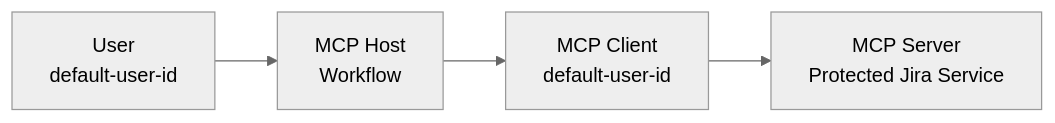
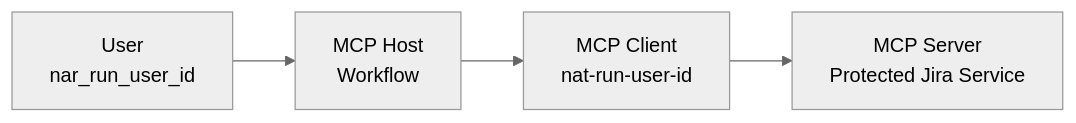
Before and after one commit to NVIDIA/NeMo-Agent-Toolkit: the first of 3 diagrams in docs/source/components/auth/mcp-auth/index.md, drawn with Mermaid (neutral theme). The commit also changed other lines of this file, not shown here.

````diff
--- a/docs/source/components/auth/mcp-auth/index.md
+++ b/docs/source/components/auth/mcp-auth/index.md
@@ -118,6 +112,6 @@
 ```mermaid
 flowchart LR
-  U[User<br/>default-user-id] --> H[MCP Host<br/>Workflow]
-  H --> C[MCP Client<br/>default-user-id]
+  U[User<br/>nar_run_user_id] --> H[MCP Host<br/>Workflow]
+  H --> C[MCP Client<br/>nat-run-user-id]
   C --> S[MCP Server<br/>Protected Jira Service]
 ```
````
